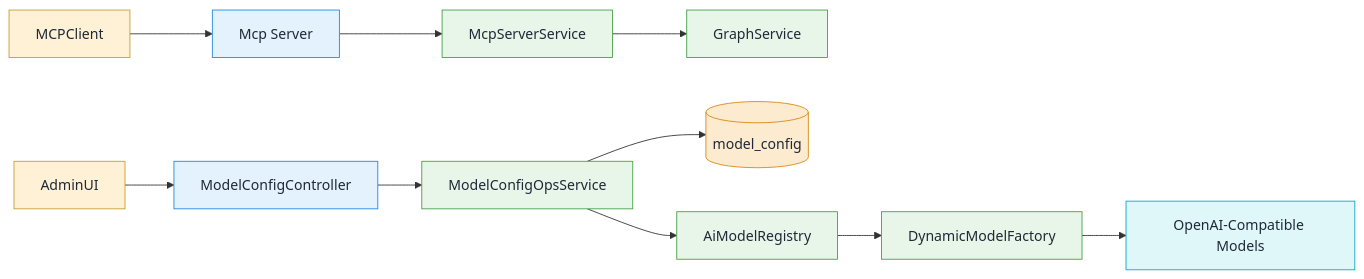
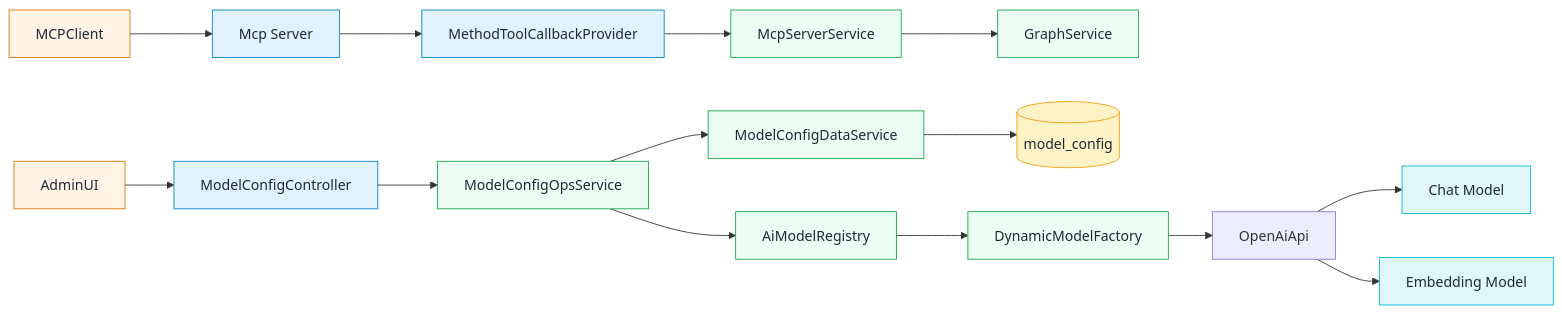
One commit to spring-ai-alibaba/DataAgent changed diagram 13 of 18 in README.md. Above: the diagram before and after it, drawn with Mermaid. The commit also changed other lines of this file, not shown here.

Commit message:
refactor: enhance README with updated architecture diagrams, improved class definitions, and refined workflow processes for clarity

````diff
--- a/README.md
+++ b/README.md
@@ -373,25 +527,29 @@
 ```mermaid
 flowchart LR
   MCPClient --> MCPServer[Mcp Server]
-  MCPServer --> McpSvc[McpServerService]
+  MCPServer --> ToolProvider[MethodToolCallbackProvider]
+  ToolProvider --> McpSvc[McpServerService]
   McpSvc --> GraphSvc[GraphService]
 
   AdminUI --> ModelAPI[ModelConfigController]
   ModelAPI --> Ops[ModelConfigOpsService]
-  Ops --> ModelDB[(model_config)]
+  Ops --> ModelData[ModelConfigDataService]
+  ModelData --> ModelDB[(model_config)]
   Ops --> Registry[AiModelRegistry]
   Registry --> Factory[DynamicModelFactory]
-  Factory --> LLM[OpenAI-Compatible Models]
+  Factory --> OpenAI[OpenAiApi]
+  OpenAI --> ChatLLM[Chat Model]
+  OpenAI --> EmbeddingLLM[Embedding Model]
 
-  classDef client fill:#FFF1D6,stroke:#C79D2B,stroke-width:1px,color:#1F2937;
-  classDef api fill:#E3F2FD,stroke:#1E88E5,stroke-width:1px,color:#1F2937;
-  classDef service fill:#E8F5E9,stroke:#43A047,stroke-width:1px,color:#1F2937;
-  classDef data fill:#FDEBD0,stroke:#D68910,stroke-width:1px,color:#1F2937;
-  classDef llm fill:#E0F7FA,stroke:#00ACC1,stroke-width:1px,color:#1F2937;
+  classDef client fill:#FFF4E6,stroke:#D97706,stroke-width:1px,color:#1F2937;
+  classDef api fill:#E0F2FE,stroke:#0284C7,stroke-width:1px,color:#1F2937;
+  classDef service fill:#ECFDF3,stroke:#16A34A,stroke-width:1px,color:#1F2937;
+  classDef data fill:#FEF3C7,stroke:#F59E0B,stroke-width:1px,color:#1F2937;
+  classDef llm fill:#E0F7FA,stroke:#06B6D4,stroke-width:1px,color:#1F2937;
 
   class MCPClient,AdminUI client
-  class MCPServer,ModelAPI api
-  class McpSvc,GraphSvc,Ops,Registry,Factory service
+  class MCPServer,ToolProvider,ModelAPI api
+  class McpSvc,GraphSvc,Ops,Registry,Factory,ModelData service
   class ModelDB data
-  class LLM llm
+  class ChatLLM,EmbeddingLLM llm
 ```
````
